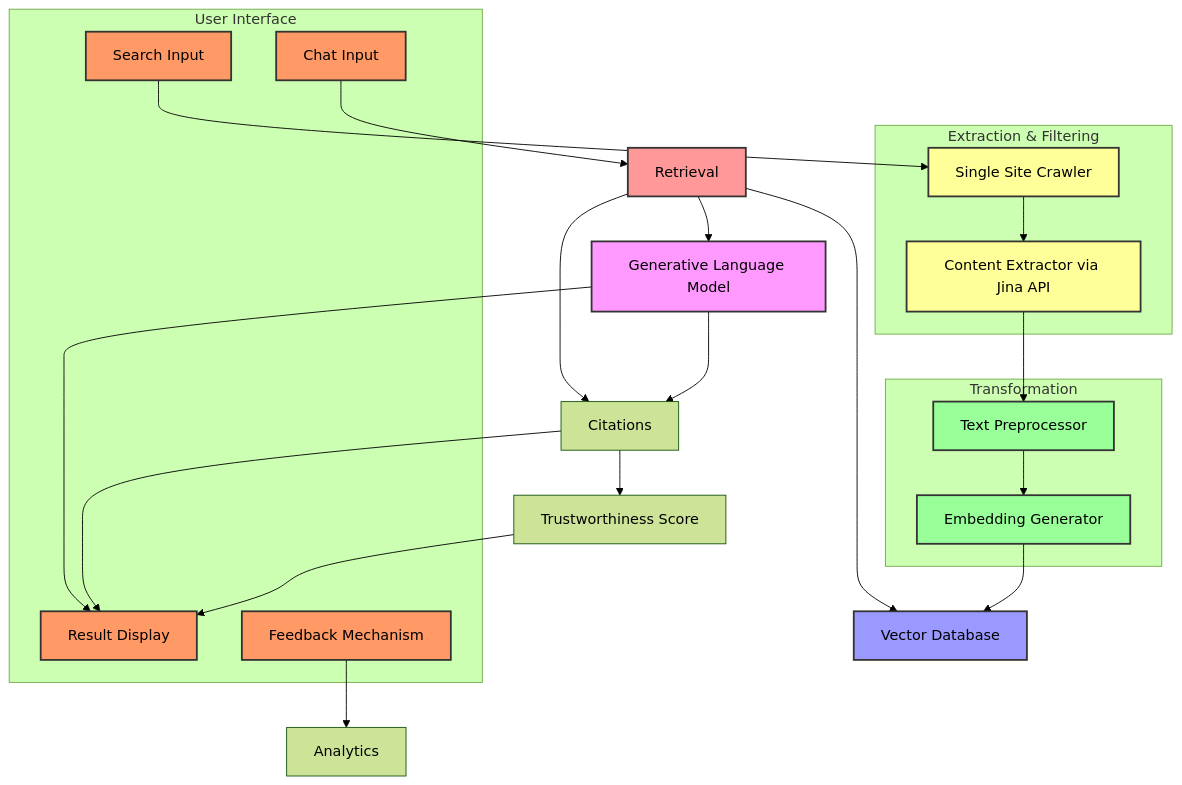
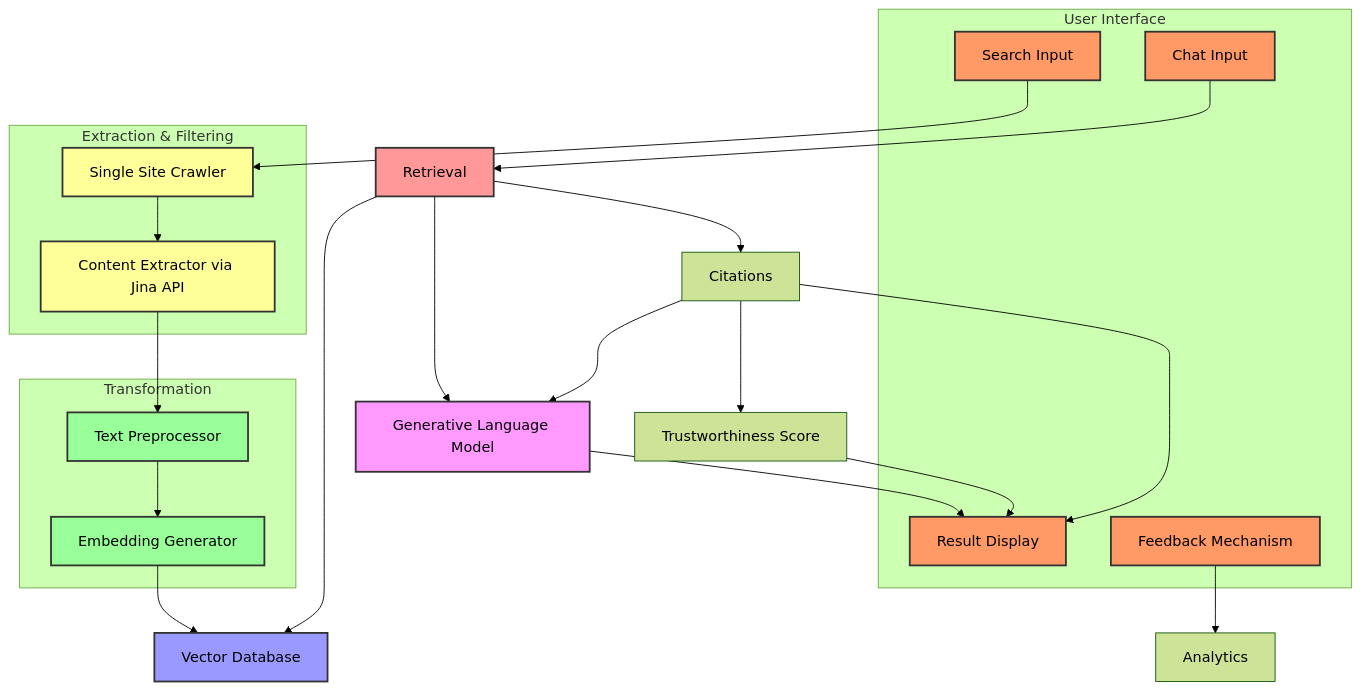
Before and after one commit to mithranm/llamasearch: the diagram in docs/ADRs/001-initial-architecture.md, drawn with Mermaid (forest theme).

Commit message:
small mistake in ADR-001 fixed

````diff
--- a/docs/ADRs/001-initial-architecture.md
+++ b/docs/ADRs/001-initial-architecture.md
@@ -31,58 +31,57 @@
 ```mermaid
 flowchart TD
     subgraph "Extraction & Filtering"
         A[Single Site Crawler]
         B[Content Extractor via Jina API]
     end
   
     subgraph Transformation
         C[Text Preprocessor]
         D[Embedding Generator]
     end
   
     R[Retrieval]
   
     subgraph User Interface
         J[Search Input]
         Q[Chat Input]
         K[Result Display]
         L[Feedback Mechanism]
     end
   
     J --> A
     A --> B
     B --> C
     C --> D
     D --> E[Vector Database]
   
     Q --> R
     R --> E
     R --> I[Generative Language Model]
   
     I --> K
-    I --> M[Citations]
   
-    R --> M
-  
+    R --> M[Citations]
+    M --> I
     M --> N[Trustworthiness Score]
     N --> K
   
     M --> K
 
     L --> O[Analytics]
   
     classDef extract fill:#ff9,stroke:#333,stroke-width:2px;
     classDef transform fill:#9f9,stroke:#333,stroke-width:2px;
     classDef storage fill:#99f,stroke:#333,stroke-width:2px;
     classDef retrieval fill:#f99,stroke:#333,stroke-width:2px;
     classDef generation fill:#f9f,stroke:#333,stroke-width:2px;
     classDef ui fill:#f96,stroke:#333,stroke-width:2px;
   
     class A,B extract;
     class C,D transform;
     class E storage;
     class R retrieval;
     class I generation;
     class J,Q,K,L ui;
 
 ```
````
